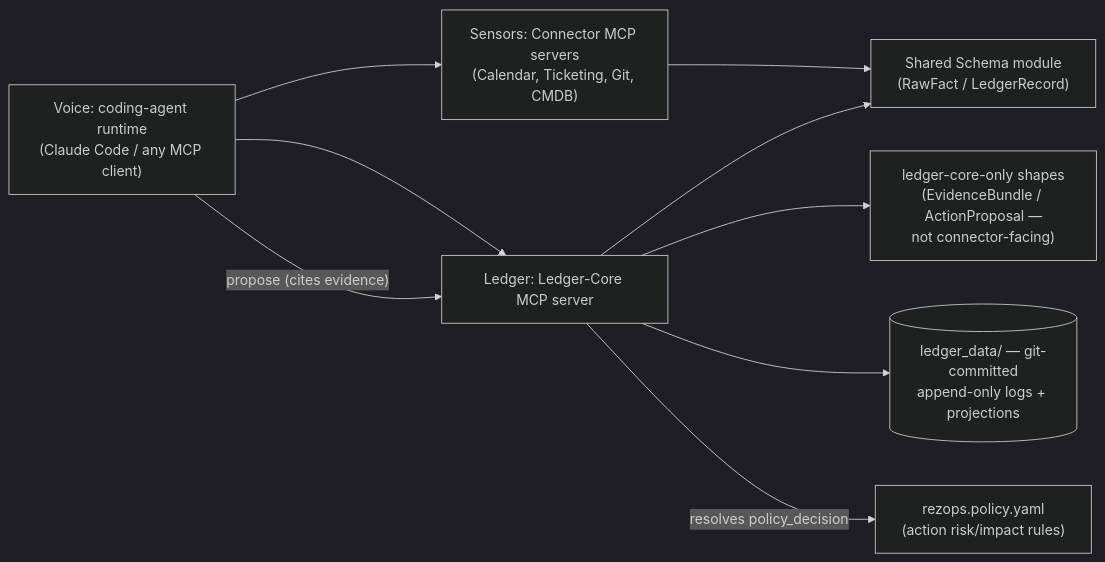
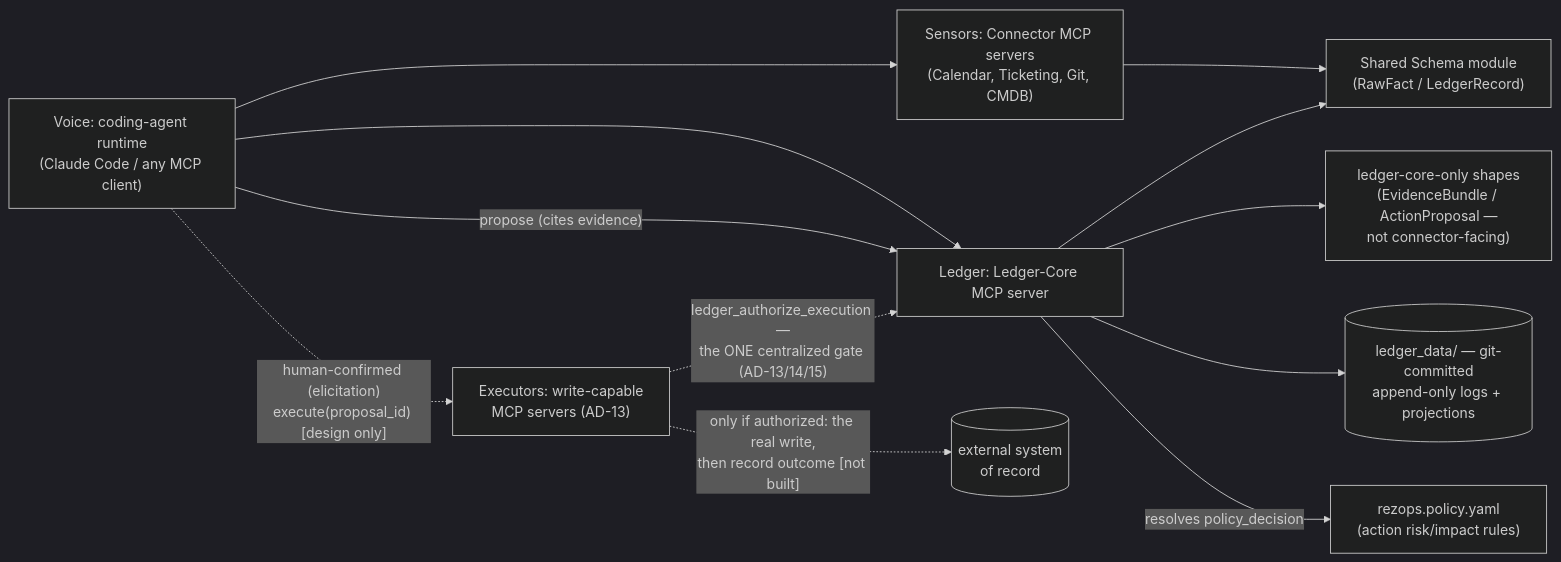
The first of 2 diagrams in _bmad-output/planning-artifacts/architecture/architecture-Resillience-Ops-2026-08-12/ARCHITECTURE-SPINE.md (mistamayor/rez-ops), drawn with Mermaid (dark theme) before and after one commit. The commit also changed other lines of this file and 5 other files, not shown here.

````diff
--- a/_bmad-output/planning-artifacts/architecture/architecture-Resillience-Ops-2026-08-12/ARCHITECTURE-SPINE.md
+++ b/_bmad-output/planning-artifacts/architecture/architecture-Resillience-Ops-2026-08-12/ARCHITECTURE-SPINE.md
@@ -32,11 +32,14 @@
 ```mermaid
 graph LR
     Runtime["Voice: coding-agent runtime<br/>(Claude Code / any MCP client)"] --> Connectors["Sensors: Connector MCP servers<br/>(Calendar, Ticketing, Git, CMDB)"]
     Runtime --> LedgerCore["Ledger: Ledger-Core MCP server"]
     Connectors --> Schema["Shared Schema module<br/>(RawFact / LedgerRecord)"]
     LedgerCore --> LedgerOnly["ledger-core-only shapes<br/>(EvidenceBundle / ActionProposal —<br/>not connector-facing)"]
     LedgerCore --> Schema
     LedgerCore --> LedgerData[("ledger_data/ — git-committed<br/>append-only logs + projections")]
     Runtime -->|"propose (cites evidence)"| LedgerCore
     LedgerCore -->|"resolves policy_decision"| Policy["rezops.policy.yaml<br/>(action risk/impact rules)"]
+    Runtime -.->|"human-confirmed (elicitation)<br/>execute(proposal_id) [design only]"| Executor["Executors: write-capable<br/>MCP servers (AD-13)"]
+    Executor -.->|"ledger_authorize_execution —<br/>the ONE centralized gate (AD-13/14/15)"| LedgerCore
+    Executor -.->|"only if authorized: the real write,<br/>then record outcome [not built]"| External[("external system<br/>of record")]
 ```
````
